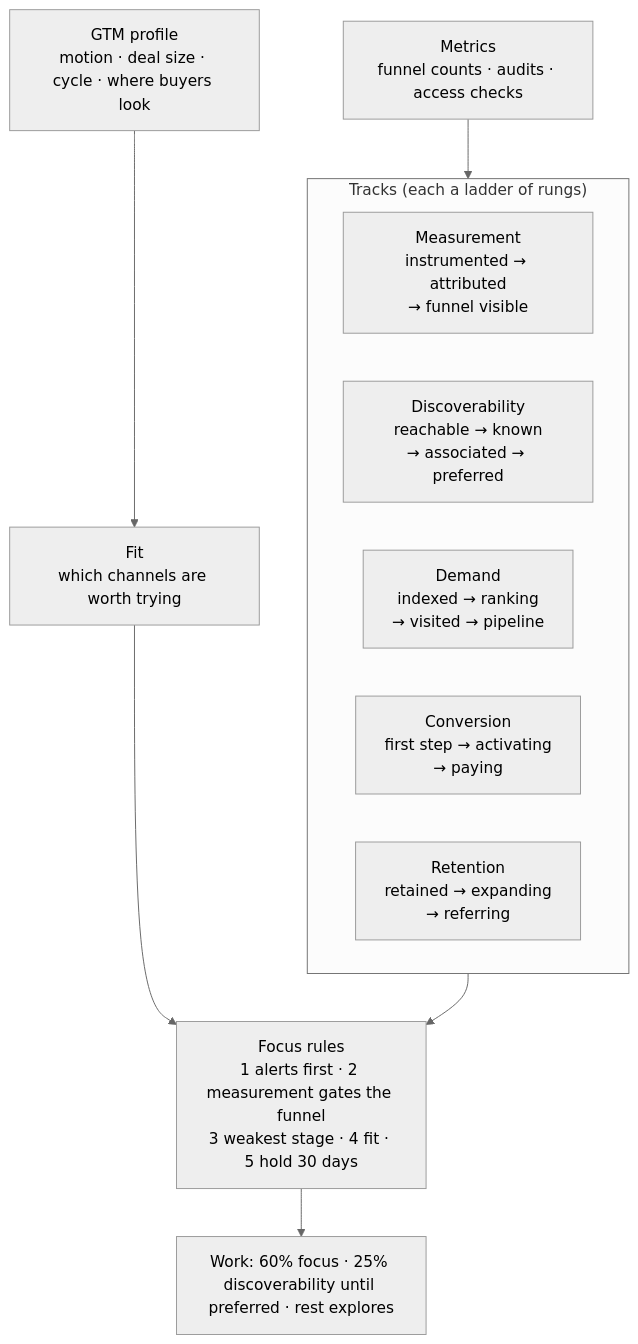
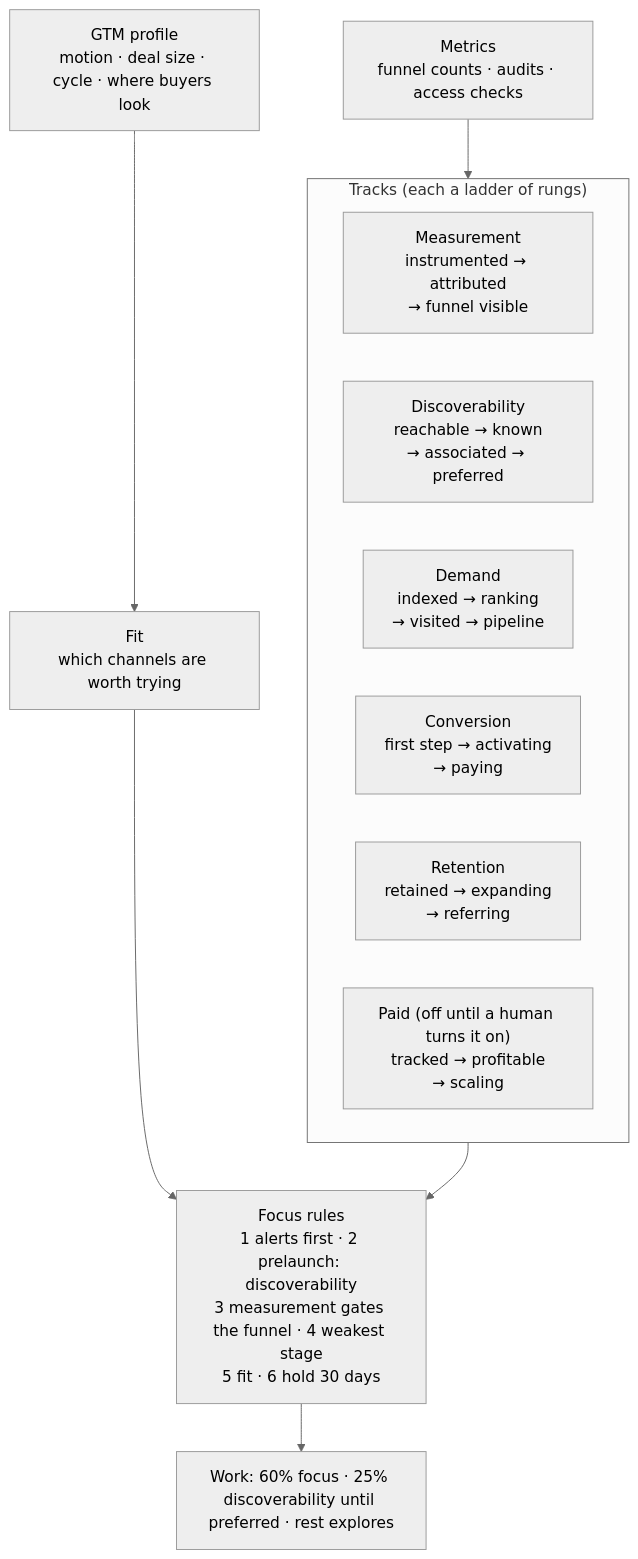
One commit to williampsmith/marketing-skills changed the first of 2 diagrams in README.md. Above: the diagram before and after it, drawn with Mermaid (neutral theme). The commit also changed other lines of this file and 22 other files, not shown here.

````diff
--- a/README.md
+++ b/README.md
@@ -21,16 +21,18 @@
 ```mermaid
 flowchart TD
     P["GTM profile<br/>motion · deal size · cycle · where buyers look"] --> FIT["Fit<br/>which channels are worth trying"]
-    M["Metrics<br/>funnel counts · audits · access checks"] --> T
+    M["Metrics<br/>funnel counts · audits · access checks"]
     subgraph T["Tracks (each a ladder of rungs)"]
         direction LR
         T0["Measurement<br/>instrumented → attributed<br/>→ funnel visible"]
         T1["Discoverability<br/>reachable → known<br/>→ associated → preferred"]
         T2["Demand<br/>indexed → ranking<br/>→ visited → pipeline"]
         T3["Conversion<br/>first step → activating<br/>→ paying"]
         T4["Retention<br/>retained → expanding<br/>→ referring"]
+        T5["Paid (off until a human turns it on)<br/>tracked → profitable<br/>→ scaling"]
     end
+    M --> T
     FIT --> F
-    T --> F["Focus rules<br/>1 alerts first · 2 measurement gates the funnel<br/>3 weakest stage · 4 fit · 5 hold 30 days"]
+    T --> F["Focus rules<br/>1 alerts first · 2 prelaunch: discoverability<br/>3 measurement gates the funnel · 4 weakest stage<br/>5 fit · 6 hold 30 days"]
     F --> W["Work: 60% focus · 25% discoverability until preferred · rest explores"]
 ```
````
